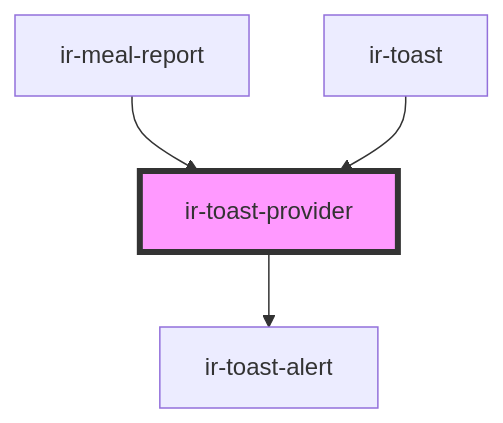
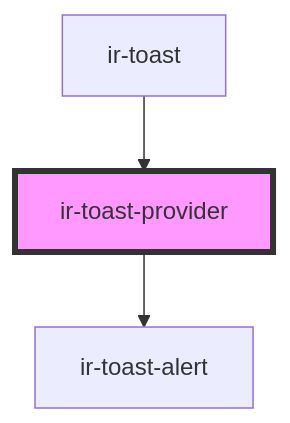
One commit to RonyRizk/ir-webcmp changed the diagram in src/components/ir-toast-provider/readme.md. Above: the diagram before and after it, drawn with Mermaid. The commit also changed other lines of this file and 6 other files, not shown here.

Commit message:
Meal report & GHS on boarding

````diff
--- a/src/components/ir-toast-provider/readme.md
+++ b/src/components/ir-toast-provider/readme.md
@@ -74,7 +73,6 @@
 ```mermaid
 graph TD;
   ir-toast-provider --> ir-toast-alert
-  ir-meal-report --> ir-toast-provider
   ir-toast --> ir-toast-provider
   style ir-toast-provider fill:#f9f,stroke:#333,stroke-width:4px
 ```
````
